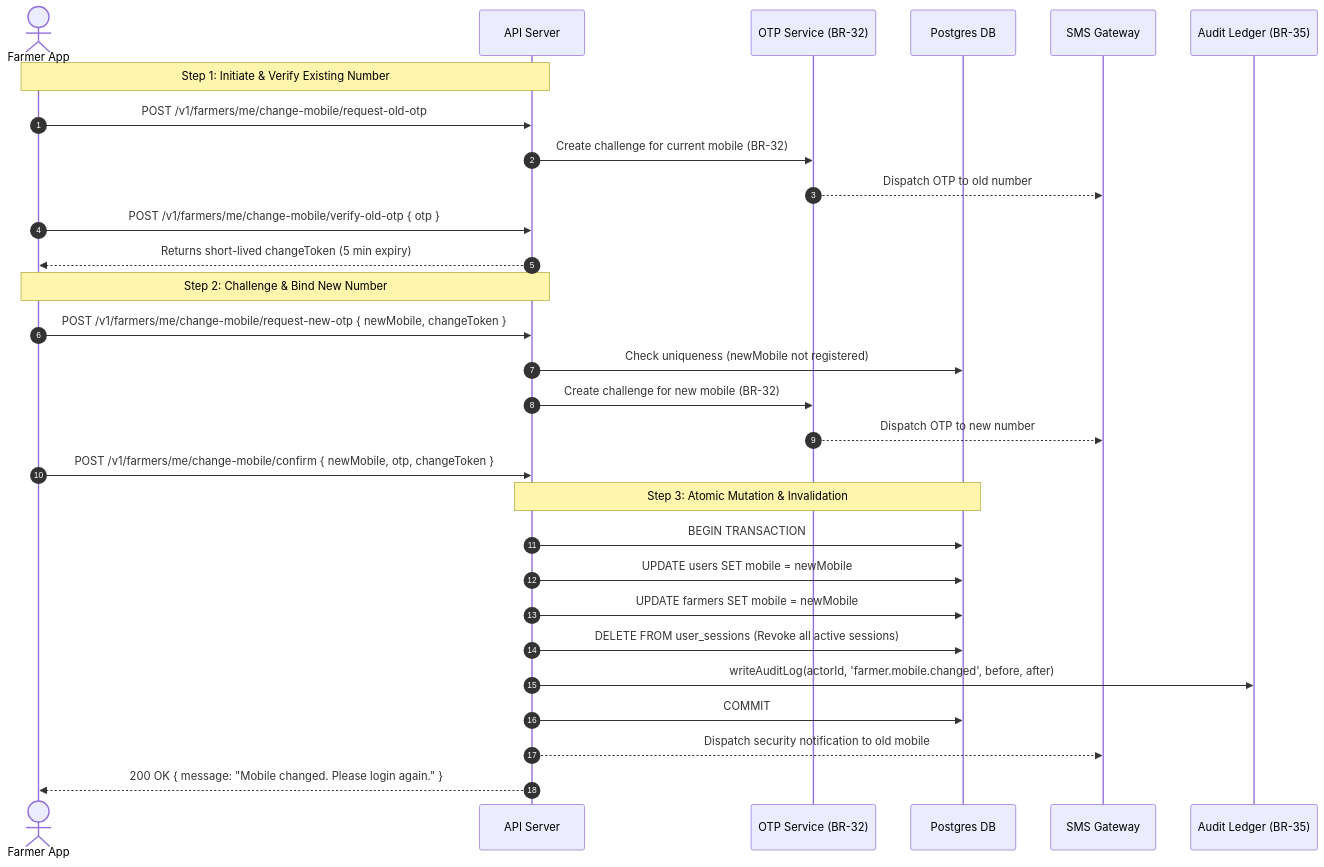
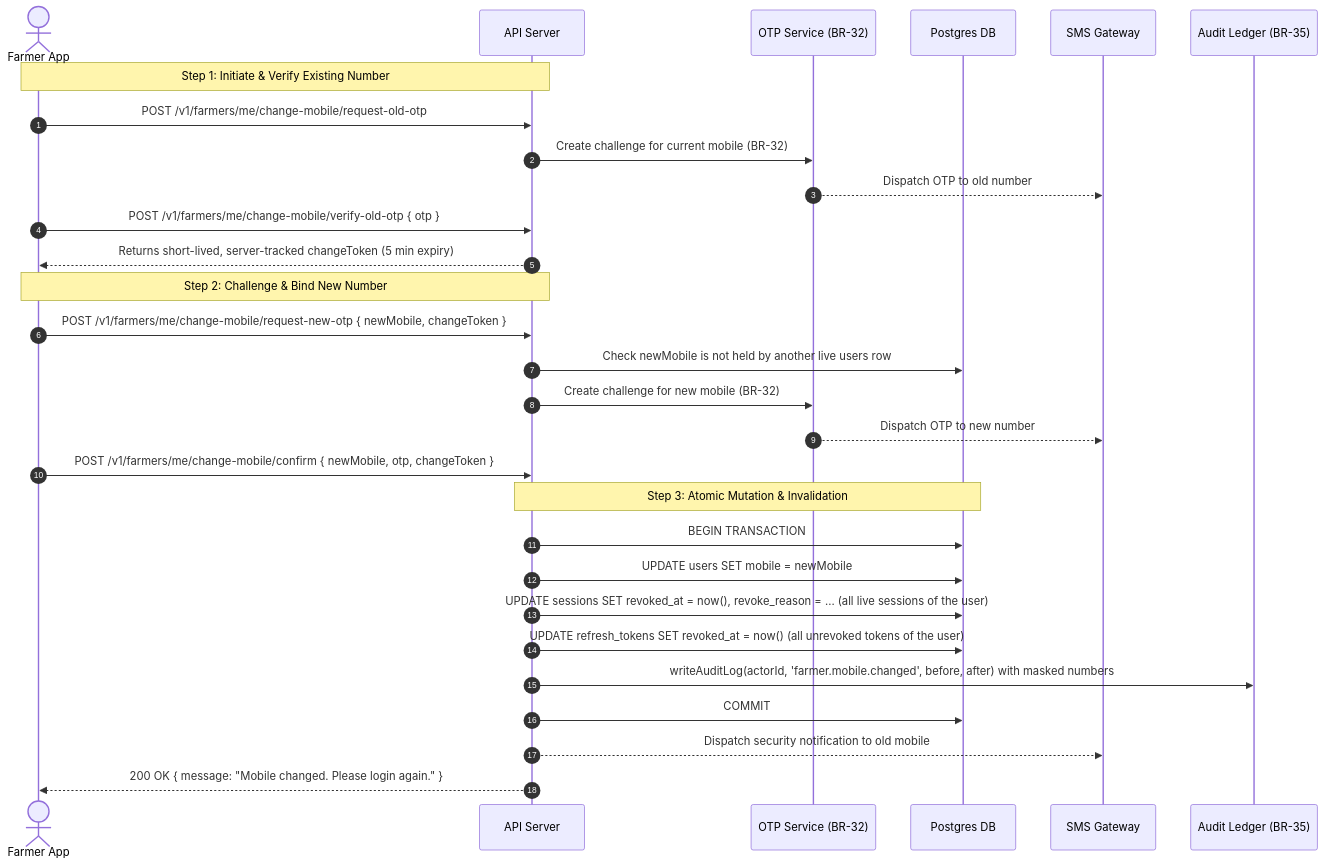
The diagram in docs/change-mobile-design.md (PixelProCreations/Tohfa-Platform), drawn with Mermaid before and after one commit. The commit also changed other lines of this file and 10 other files, not shown here.

````diff
--- a/docs/change-mobile-design.md
+++ b/docs/change-mobile-design.md
@@ -21,34 +21,34 @@
 ```mermaid
 sequenceDiagram
     autonumber
     actor F as Farmer App
     participant API as API Server
     participant OTP as OTP Service (BR-32)
     participant DB as Postgres DB
     participant SMS as SMS Gateway
     participant AUDIT as Audit Ledger (BR-35)
 
     Note over F,API: Step 1: Initiate & Verify Existing Number
     F->>API: POST /v1/farmers/me/change-mobile/request-old-otp
     API->>OTP: Create challenge for current mobile (BR-32)
     OTP-->>SMS: Dispatch OTP to old number
     F->>API: POST /v1/farmers/me/change-mobile/verify-old-otp { otp }
-    API-->>F: Returns short-lived changeToken (5 min expiry)
+    API-->>F: Returns short-lived, server-tracked changeToken (5 min expiry)
 
     Note over F,API: Step 2: Challenge & Bind New Number
     F->>API: POST /v1/farmers/me/change-mobile/request-new-otp { newMobile, changeToken }
-    API->>DB: Check uniqueness (newMobile not registered)
+    API->>DB: Check newMobile is not held by another live users row
     API->>OTP: Create challenge for new mobile (BR-32)
     OTP-->>SMS: Dispatch OTP to new number
     F->>API: POST /v1/farmers/me/change-mobile/confirm { newMobile, otp, changeToken }
     
     Note over API,DB: Step 3: Atomic Mutation & Invalidation
     API->>DB: BEGIN TRANSACTION
     API->>DB: UPDATE users SET mobile = newMobile
-    API->>DB: UPDATE farmers SET mobile = newMobile
-    API->>DB: DELETE FROM user_sessions (Revoke all active sessions)
-    API->>AUDIT: writeAuditLog(actorId, 'farmer.mobile.changed', before, after)
+    API->>DB: UPDATE sessions SET revoked_at = now(), revoke_reason = ... (all live sessions of the user)
+    API->>DB: UPDATE refresh_tokens SET revoked_at = now() (all unrevoked tokens of the user)
+    API->>AUDIT: writeAuditLog(actorId, 'farmer.mobile.changed', before, after) with masked numbers
     API->>DB: COMMIT
     API-->>SMS: Dispatch security notification to old mobile
     API-->>F: 200 OK { message: "Mobile changed. Please login again." }
 ```
````
